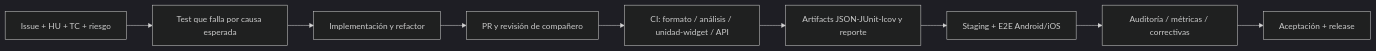
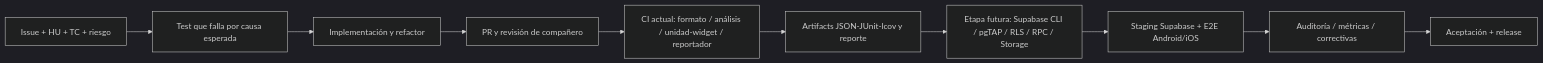
The diagram in docs/sqa/HERRAMIENTAS.md (G34A4OD/MovilSQA), drawn with Mermaid (dark theme) before and after one commit. The commit also changed other lines of this file and 42 other files, not shown here.

```diff
--- a/docs/sqa/HERRAMIENTAS.md
+++ b/docs/sqa/HERRAMIENTAS.md
@@ -33,11 +33,12 @@
 ~~~mermaid
 flowchart LR
   I[Issue + HU + TC + riesgo] --> R[Test que falla por causa esperada]
   R --> C[Implementación y refactor]
   C --> P[PR y revisión de compañero]
-  P --> CI[CI: formato / análisis / unidad-widget / API]
+  P --> CI[CI actual: formato / análisis / unidad-widget / reportador]
   CI --> A[Artifacts JSON-JUnit-lcov y reporte]
-  A --> M[Staging + E2E Android/iOS]
+  A --> S[Etapa futura: Supabase CLI / pgTAP / RLS / RPC / Storage]
+  S --> M[Staging Supabase + E2E Android/iOS]
   M --> Q[Auditoría / métricas / correctivas]
   Q --> D[Aceptación + release]
 ~~~
```
